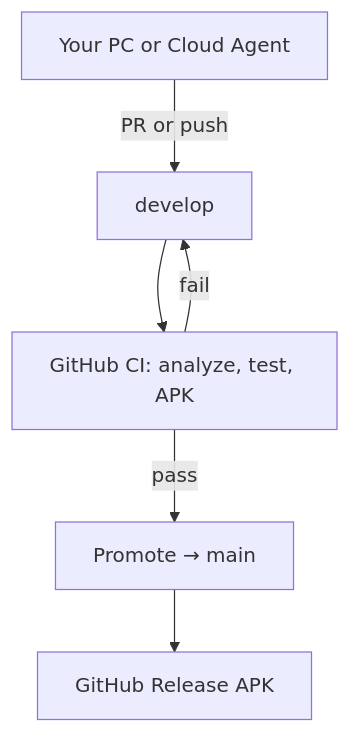
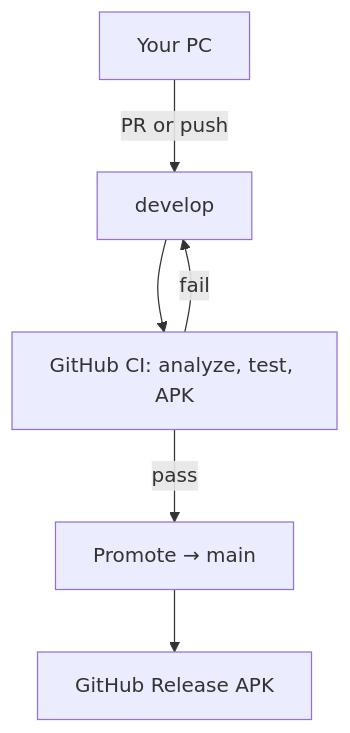
Before and after one commit to Immabe96/Vertiege: the diagram in docs/DEVELOPMENT_WORKFLOW.md, drawn with Mermaid. The commit also changed other lines of this file and 19 other files, not shown here.

````diff
--- a/docs/DEVELOPMENT_WORKFLOW.md
+++ b/docs/DEVELOPMENT_WORKFLOW.md
@@ -13,8 +13,8 @@
 ```mermaid
 flowchart TD
-  A[Your PC or Cloud Agent] -->|PR or push| B[develop]
+  A[Your PC] -->|PR or push| B[develop]
   B --> C[GitHub CI: analyze, test, APK]
   C -->|pass| D[Promote → main]
   D --> E[GitHub Release APK]
   C -->|fail| B
 ```
````
